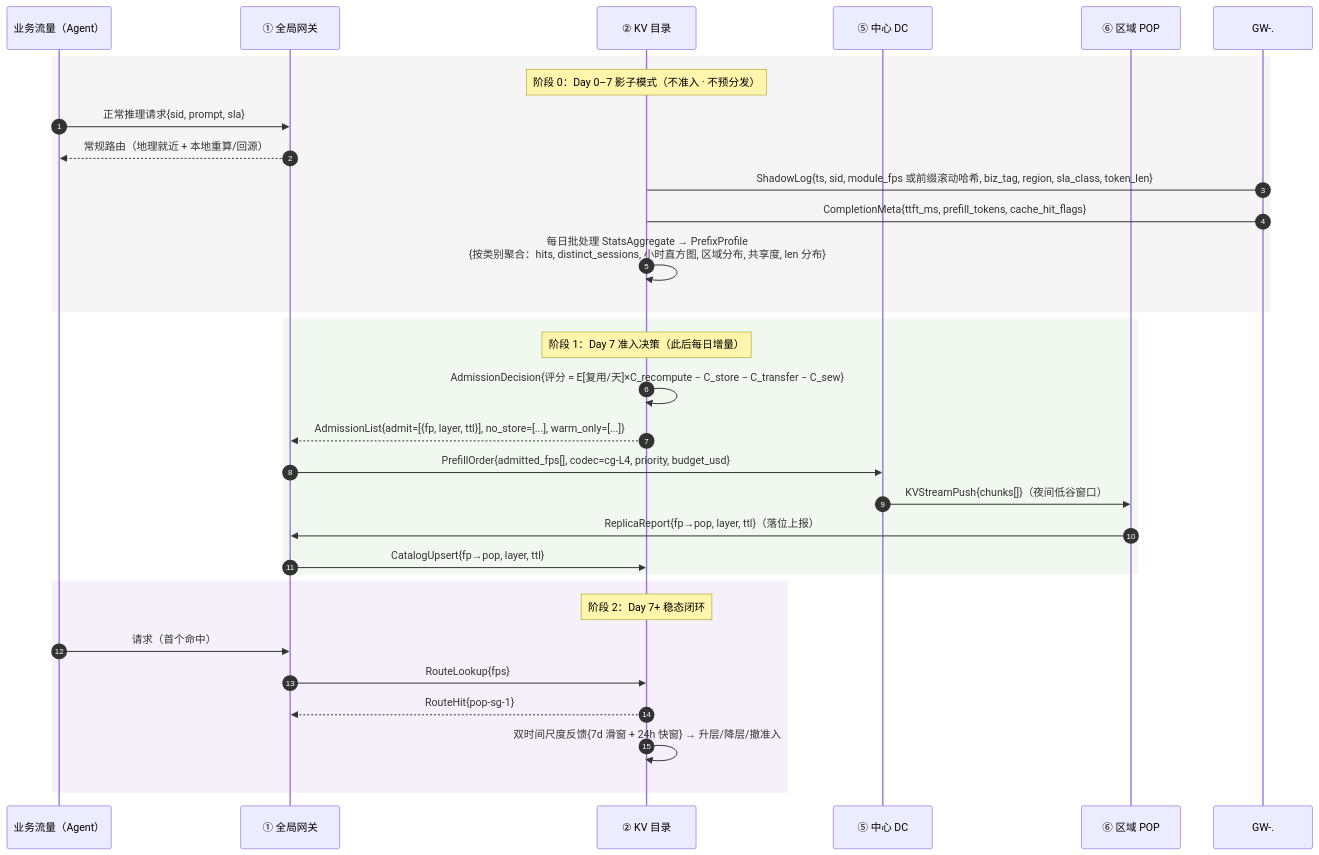
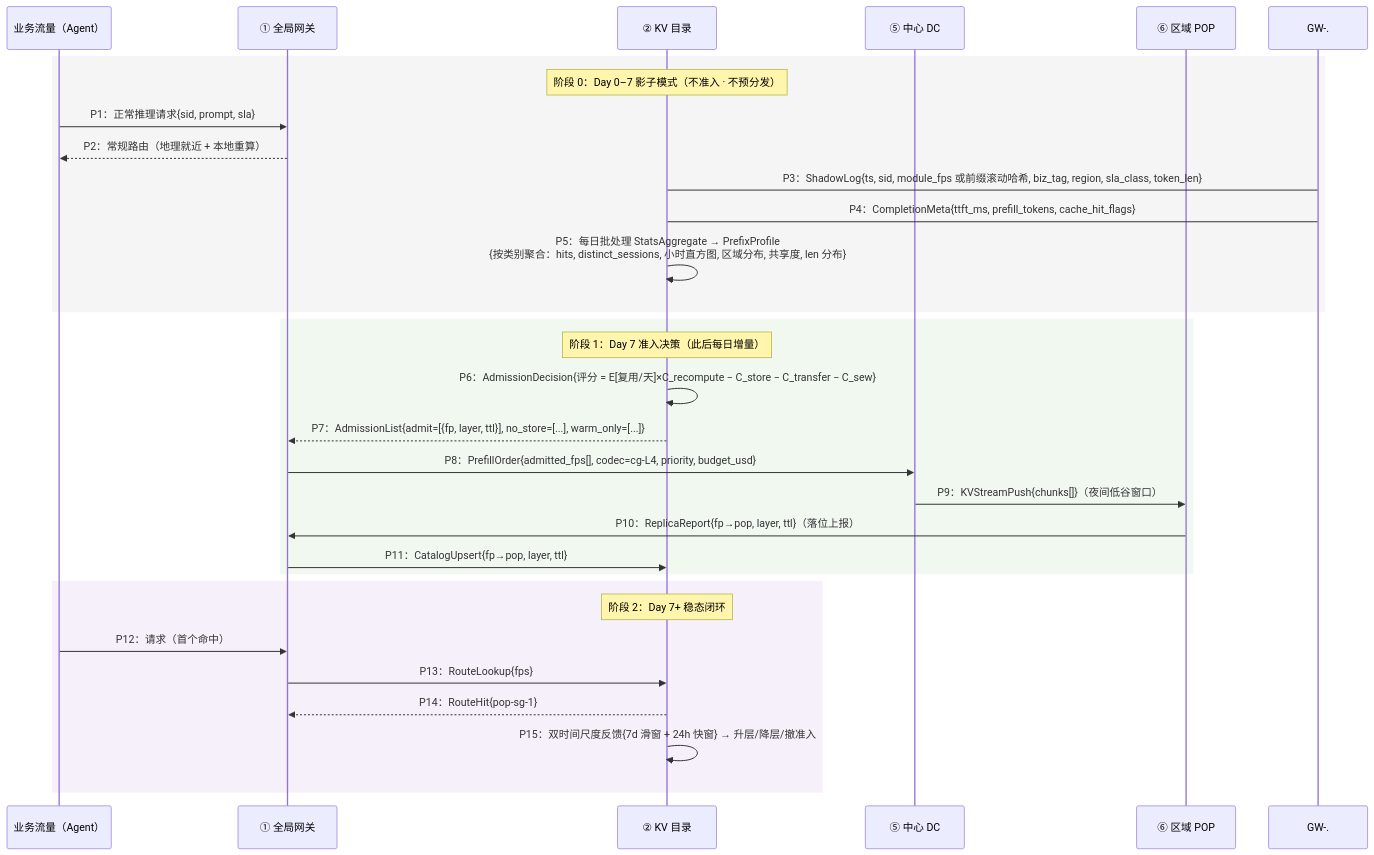
Before and after one commit to asml125-sketch/KVCacheCDNSolution: the ninth of 9 diagrams in KV Cache CDN 解决方案构想报告（完整版V3）.md, drawn with Mermaid. The commit also changed other lines of this file and 3 other files, not shown here.

````diff
--- a/KV Cache CDN 解决方案构想报告（完整版V3）.md
+++ b/KV Cache CDN 解决方案构想报告（完整版V3）.md
@@ -866,36 +1045,35 @@
 ```mermaid
 sequenceDiagram
-    autonumber
     participant A as 业务流量（Agent）
     participant GW as ① 全局网关
     participant CAT as ② KV 目录
     participant Core as ⑤ 中心 DC
     participant POP as ⑥ 区域 POP
 
     rect rgb(245,245,245)
     Note over CAT: 阶段 0：Day 0–7 影子模式（不准入 · 不预分发）
-    A->>GW: 正常推理请求{sid, prompt, sla}
-    GW-->>A: 常规路由（地理就近 + 本地重算/回源）
-    GW-.->CAT: ShadowLog{ts, sid, module_fps 或前缀滚动哈希, biz_tag, region, sla_class, token_len}
-    GW-.->CAT: CompletionMeta{ttft_ms, prefill_tokens, cache_hit_flags}
-    CAT->>CAT: 每日批处理 StatsAggregate → PrefixProfile<br/>{按类别聚合：hits, distinct_sessions, 小时直方图, 区域分布, 共享度, len 分布}
+    A->>GW: P1：正常推理请求{sid, prompt, sla}
+    GW-->>A: P2：常规路由（地理就近 + 本地重算）
+    GW-.->CAT: P3：ShadowLog{ts, sid, module_fps 或前缀滚动哈希, biz_tag, region, sla_class, token_len}
+    GW-.->CAT: P4：CompletionMeta{ttft_ms, prefill_tokens, cache_hit_flags}
+    CAT->>CAT: P5：每日批处理 StatsAggregate → PrefixProfile<br/>{按类别聚合：hits, distinct_sessions, 小时直方图, 区域分布, 共享度, len 分布}
     end
 
     rect rgb(240,248,240)
     Note over CAT: 阶段 1：Day 7 准入决策（此后每日增量）
-    CAT->>CAT: AdmissionDecision{评分 = E[复用/天]×C_recompute − C_store − C_transfer − C_sew}
-    CAT-->>GW: AdmissionList{admit=[{fp, layer, ttl}], no_store=[...], warm_only=[...]}
-    GW->>Core: PrefillOrder{admitted_fps[], codec=cg-L4, priority, budget_usd}
-    Core->>POP: KVStreamPush{chunks[]}（夜间低谷窗口）
-    POP->>GW: ReplicaReport{fp→pop, layer, ttl}（落位上报）
-    GW->>CAT: CatalogUpsert{fp→pop, layer, ttl}
+    CAT->>CAT: P6：AdmissionDecision{评分 = E[复用/天]×C_recompute − C_store − C_transfer − C_sew}
+    CAT-->>GW: P7：AdmissionList{admit=[{fp, layer, ttl}], no_store=[...], warm_only=[...]}
+    GW->>Core: P8：PrefillOrder{admitted_fps[], codec=cg-L4, priority, budget_usd}
+    Core->>POP: P9：KVStreamPush{chunks[]}（夜间低谷窗口）
+    POP->>GW: P10：ReplicaReport{fp→pop, layer, ttl}（落位上报）
+    GW->>CAT: P11：CatalogUpsert{fp→pop, layer, ttl}
     end
 
     rect rgb(245,240,250)
     Note over CAT: 阶段 2：Day 7+ 稳态闭环
-    A->>GW: 请求（首个命中）
-    GW->>CAT: RouteLookup{fps}
-    CAT-->>GW: RouteHit{pop-sg-1}
-    CAT->>CAT: 双时间尺度反馈{7d 滑窗 + 24h 快窗} → 升层/降层/撤准入
+    A->>GW: P12：请求（首个命中）
+    GW->>CAT: P13：RouteLookup{fps}
+    CAT-->>GW: P14：RouteHit{pop-sg-1}
+    CAT->>CAT: P15：双时间尺度反馈{7d 滑窗 + 24h 快窗} → 升层/降层/撤准入
     end
 ```
````
